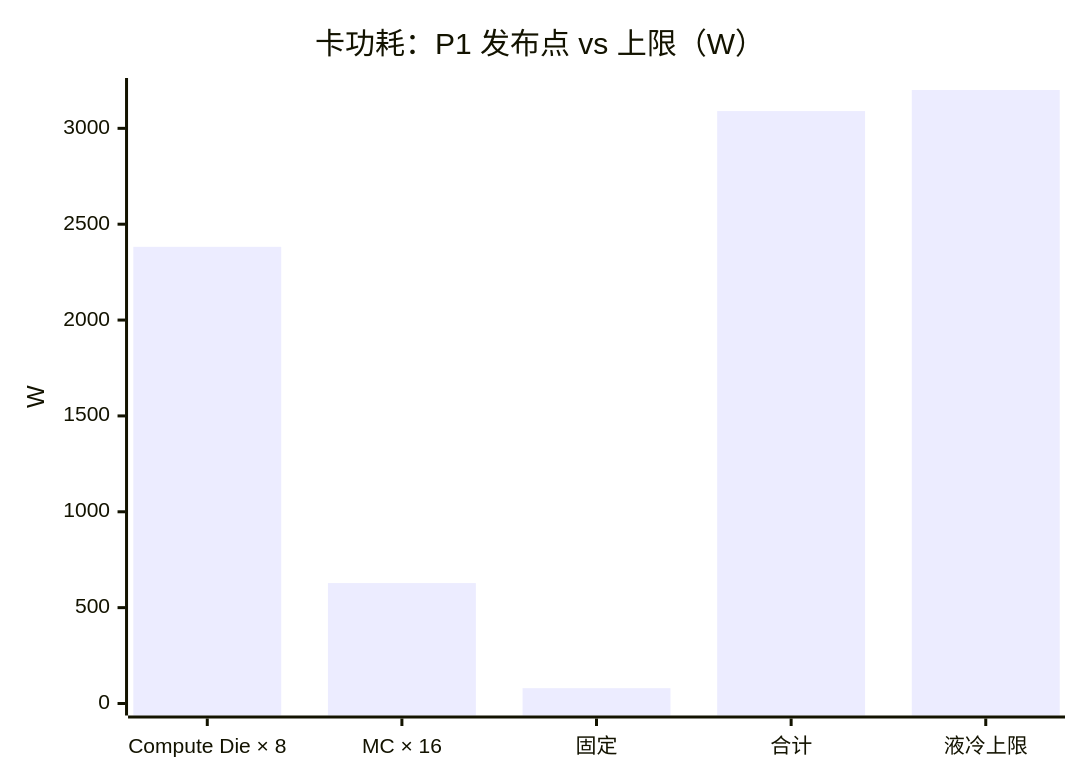
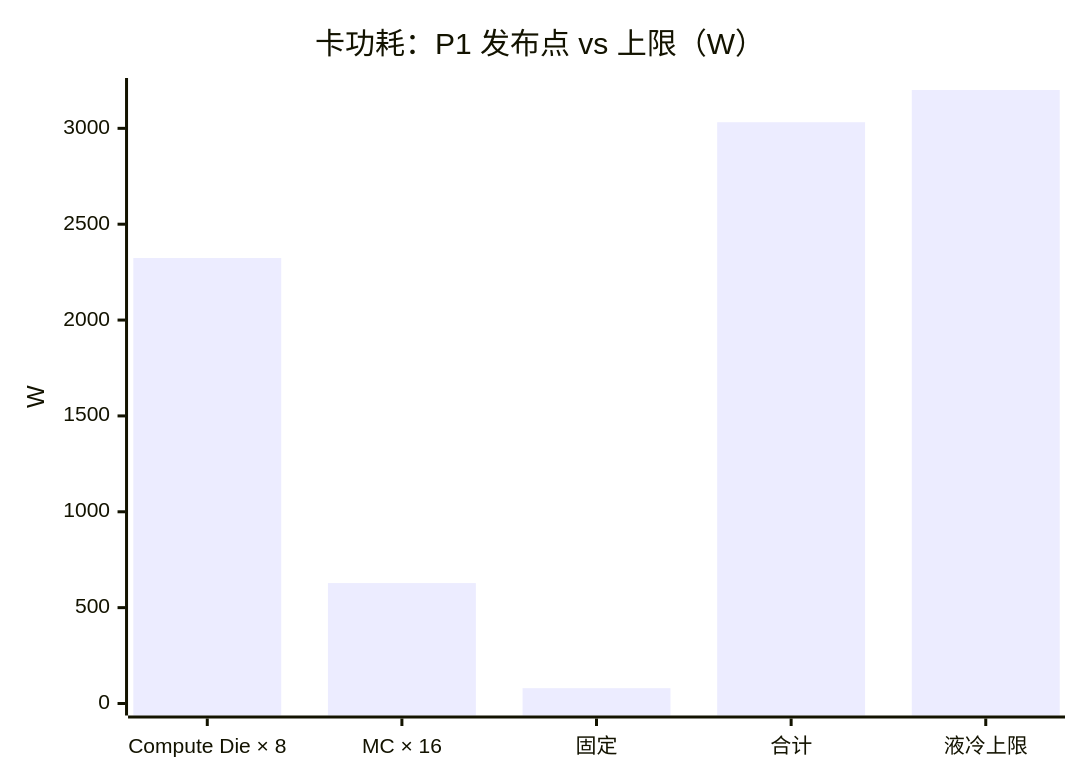
Before and after one commit to xqdan/xihu: the fourth of 7 diagrams in teams/hardware/docs/09_PACKAGE_POWER_RAS.md, drawn with Mermaid. The commit also changed other lines of this file and 36 other files, not shown here.

````diff
--- a/teams/hardware/docs/09_PACKAGE_POWER_RAS.md
+++ b/teams/hardware/docs/09_PACKAGE_POWER_RAS.md
@@ -212,7 +212,7 @@
 ```mermaid
 xychart-beta
   title "卡功耗：P1 发布点 vs 上限（W）"
   x-axis ["Compute Die × 8", "MC × 16", "固定", "合计", "液冷上限"]
   y-axis "W" 0 --> 3200
-  bar [2381.96, 628.10, 80, 3090.06, 3200]
+  bar [2323.83, 628.10, 80, 3031.92, 3200]
 ```
````
